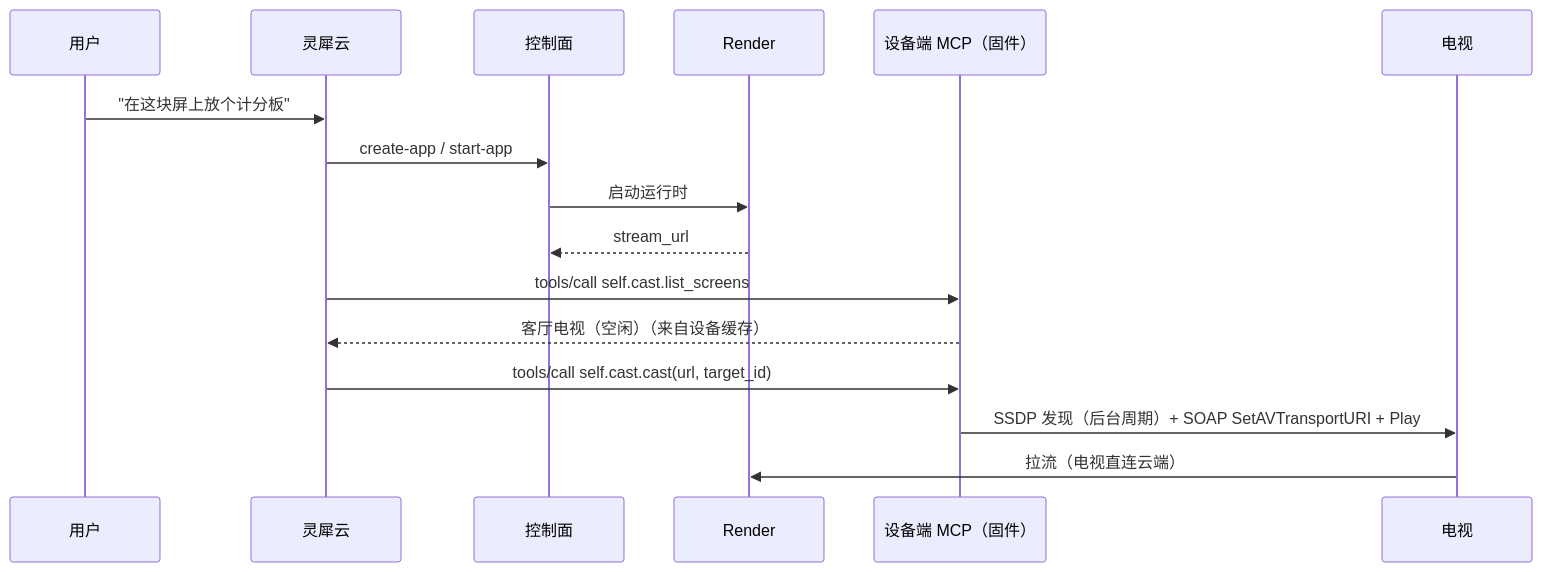
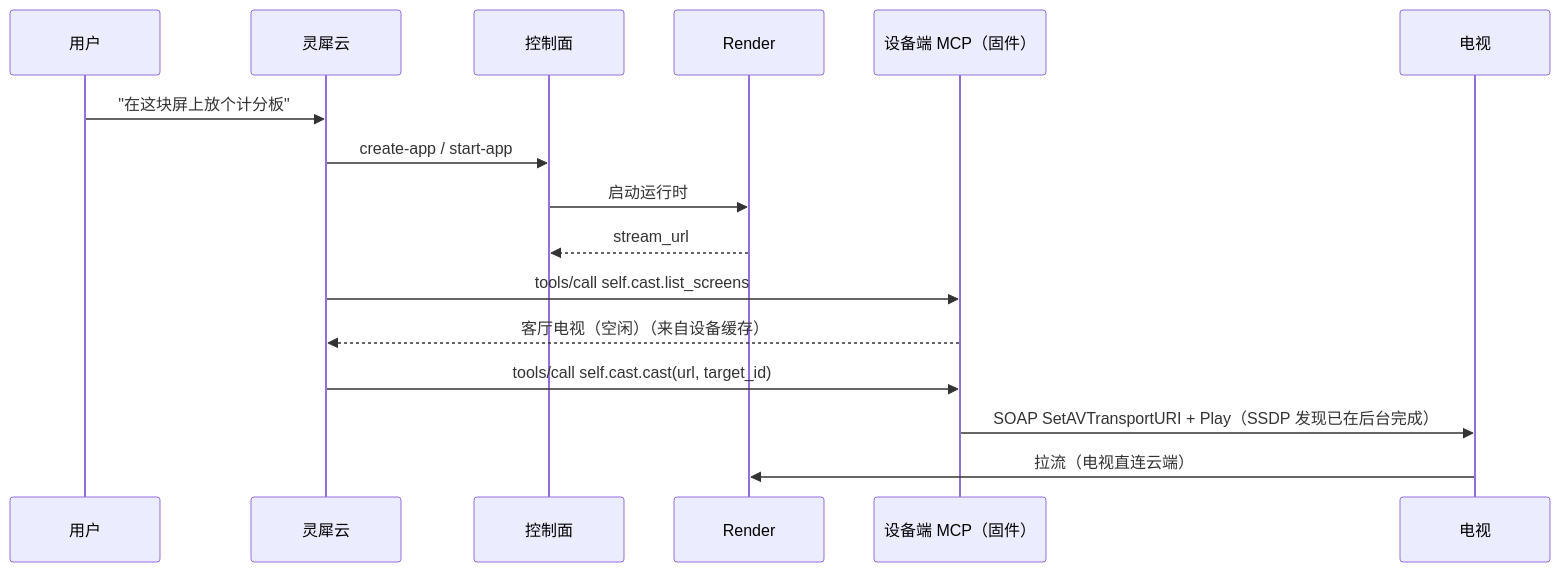
One commit to open-anywhere/open-anywhere changed the diagram in docs/architecture/home-casting.md. Above: the diagram before and after it, drawn with Mermaid. The commit also changed other lines of this file and 21 other files, not shown here.

````diff
--- a/docs/architecture/home-casting.md
+++ b/docs/architecture/home-casting.md
@@ -14,19 +14,19 @@
 ```mermaid
 sequenceDiagram
   participant U as 用户
   participant L as 灵犀云
   participant C as 控制面
   participant R as Render
   participant D as 设备端 MCP（固件）
   participant T as 电视
 
   U->>L: "在这块屏上放个计分板"
   L->>C: create-app / start-app
   C->>R: 启动运行时
   R-->>C: stream_url
   L->>D: tools/call self.cast.list_screens
   D-->>L: 客厅电视（空闲）（来自设备缓存）
   L->>D: tools/call self.cast.cast(url, target_id)
-  D->>T: SSDP 发现（后台周期）+ SOAP SetAVTransportURI + Play
+  D->>T: SOAP SetAVTransportURI + Play（SSDP 发现已在后台完成）
   T->>R: 拉流（电视直连云端）
 ```
````
